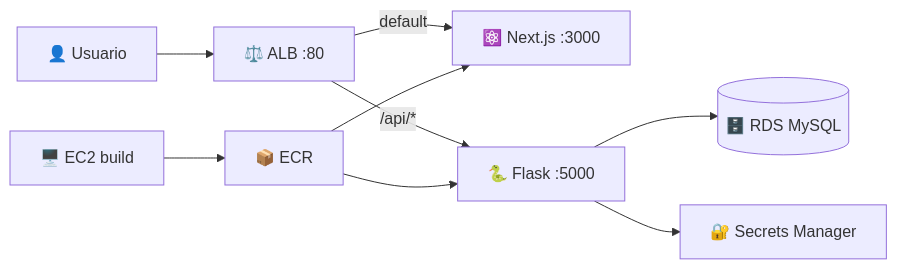
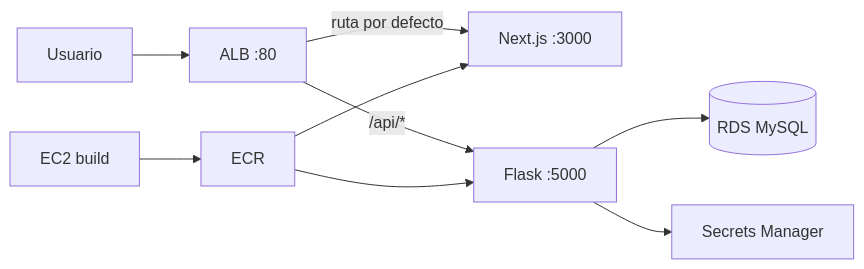
One commit to kevindeveloper95/Containerized-architecture changed the diagram in README.md. Above: the diagram before and after it, drawn with Mermaid. The commit also changed other lines of this file and 3 other files, not shown here.

````diff
--- a/README.md
+++ b/README.md
@@ -74,11 +77,11 @@
 ```mermaid
 flowchart LR
-  User[👤 Usuario] --> ALB[⚖️ ALB :80]
-  ALB -->|default| FE[⚛️ Next.js :3000]
-  ALB -->|/api/*| BE[🐍 Flask :5000]
-  BE --> RDS[(🗄️ RDS MySQL)]
-  BE --> SM[🔐 Secrets Manager]
-  EC2[🖥️ EC2 build] --> ECR[📦 ECR]
+  User[Usuario] --> ALB[ALB :80]
+  ALB -->|ruta por defecto| FE[Next.js :3000]
+  ALB -->|/api/*| BE[Flask :5000]
+  BE --> RDS[(RDS MySQL)]
+  BE --> SM[Secrets Manager]
+  EC2[EC2 build] --> ECR[ECR]
   ECR --> FE
   ECR --> BE
 ```
````
